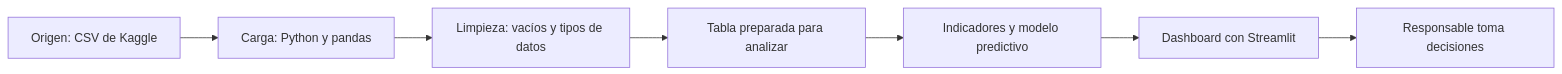
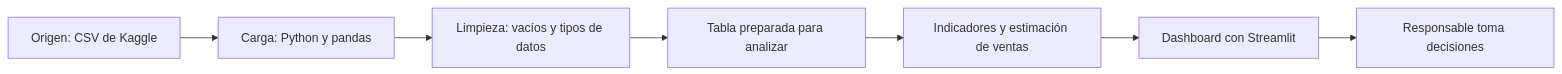
The diagram in project/project-brief.md (alexpmmsmk/project), drawn with Mermaid before and after one commit. The commit also changed other lines of this file, not shown here.

````diff
--- a/project/project-brief.md
+++ b/project/project-brief.md
@@ -105,9 +105,9 @@
 ```mermaid
 flowchart LR
     A[Origen: CSV de Kaggle] --> B[Carga: Python y pandas]
     B --> C[Limpieza: vacíos y tipos de datos]
     C --> D[Tabla preparada para analizar]
-    D --> E[Indicadores y modelo predictivo]
+    D --> E[Indicadores y estimación de ventas]
     E --> F[Dashboard con Streamlit]
     F --> G[Responsable toma decisiones]
 ```
````
